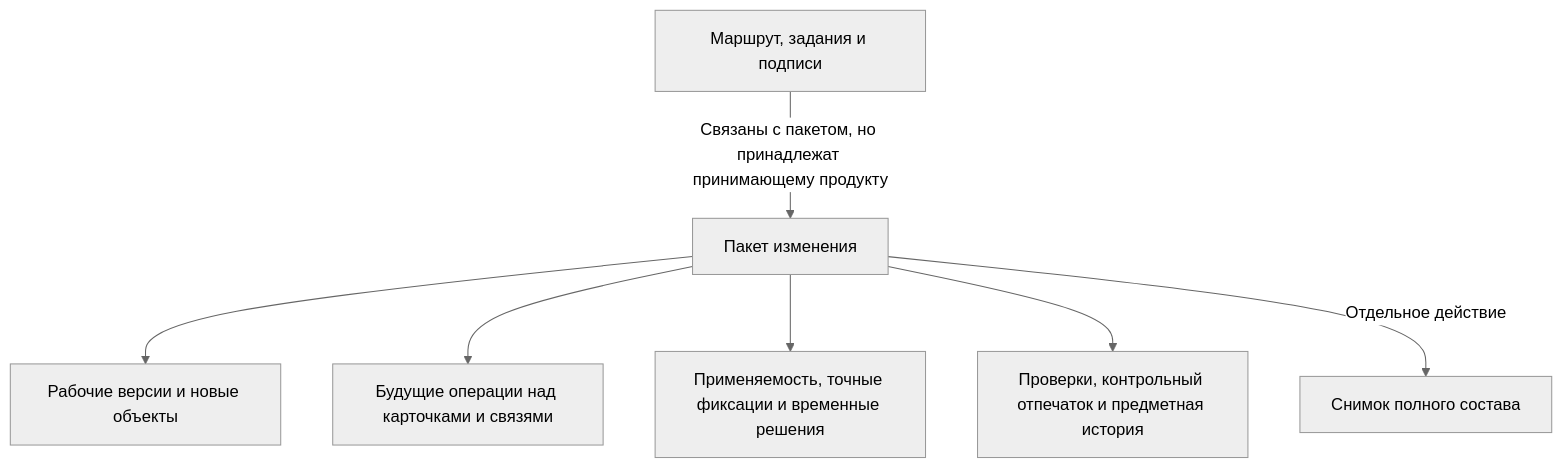
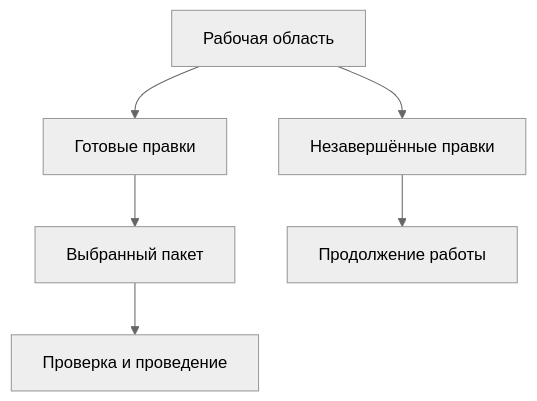
One commit to ZelAnton/Interlink-product-book changed the diagram in wiki/Change-package-concept.md. Above: the diagram before and after it, drawn with Mermaid (neutral theme). The commit also changed other lines of this file and 231 other files, not shown here.

````diff
--- a/wiki/Change-package-concept.md
+++ b/wiki/Change-package-concept.md
@@ -52,9 +23,8 @@
 ```mermaid
 flowchart TB
-    P["Пакет изменения"] --> D["Рабочие версии и новые объекты"]
-    P --> O["Будущие операции над карточками и связями"]
-    P --> R["Применяемость, точные фиксации и временные решения"]
-    P --> V["Проверки, контрольный отпечаток и предметная история"]
-    W["Маршрут, задания и подписи"] -->|"Связаны с пакетом, но принадлежат принимающему продукту"| P
-    P -->|"Отдельное действие"| S["Снимок полного состава"]
+    A["Рабочая область"] --> B["Готовые правки"]
+    A --> C["Незавершённые правки"]
+    B --> D["Выбранный пакет"]
+    D --> E["Проверка и проведение"]
+    C --> F["Продолжение работы"]
 ```
````
